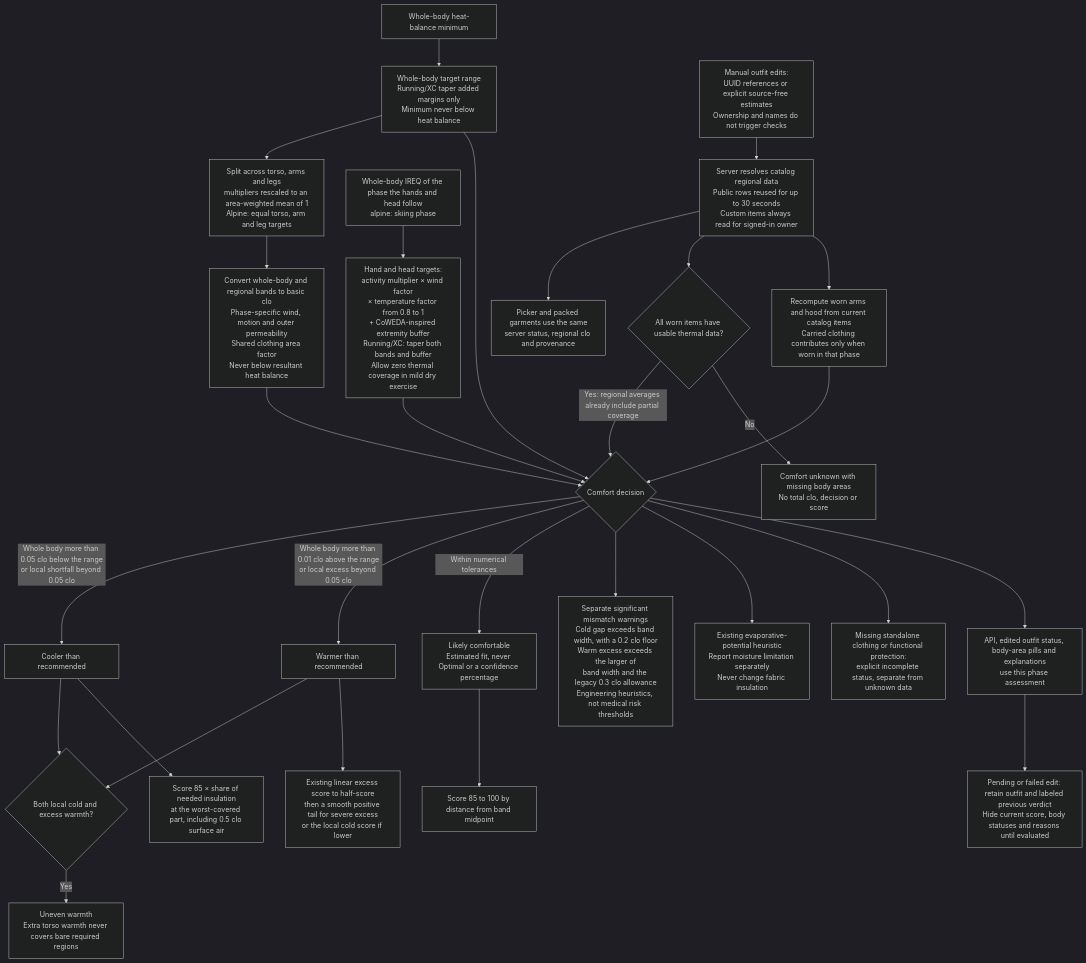
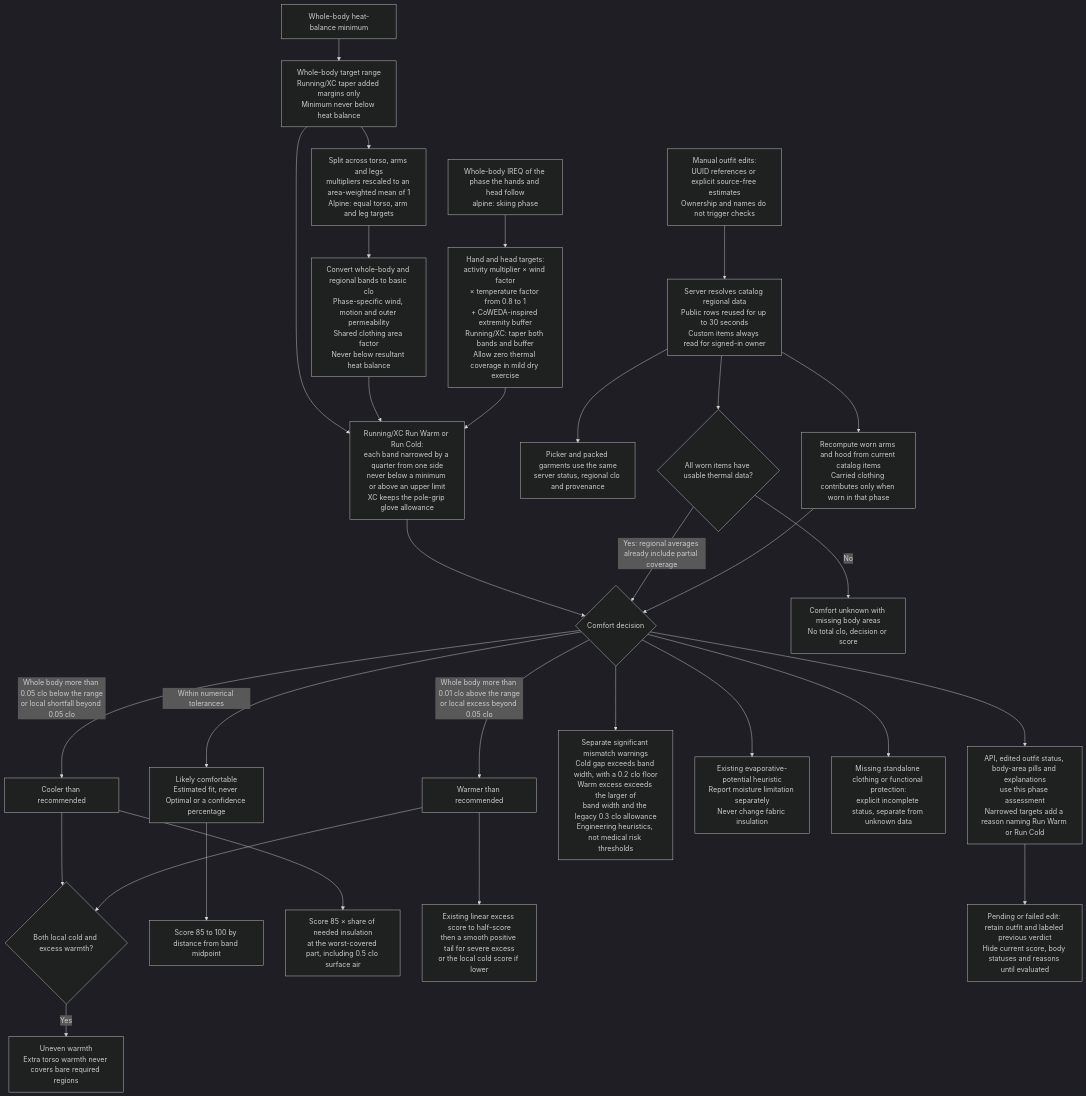
The seventh of 7 diagrams in README.md (derobertsw/swttr), drawn with Mermaid (dark theme) before and after one commit. The commit also changed other lines of this file and 28 other files, not shown here.

First line of the commit message:
Apply Run Warm and Run Cold to personalized running and XC advice (#251)

````diff
--- a/README.md
+++ b/README.md
@@ -310,33 +314,34 @@
 ```mermaid
 graph TD
     BALANCE[Whole-body heat-balance minimum] --> RANGE[Whole-body target range<br/>Running/XC taper added margins only<br/>Minimum never below heat balance]
     RANGE --> SPLIT[Split across torso, arms and legs<br/>multipliers rescaled to an area-weighted mean of 1<br/>Alpine: equal torso, arm and leg targets]
     SPLIT --> REG[Convert whole-body and regional bands to basic clo<br/>Phase-specific wind, motion and outer permeability<br/>Shared clothing area factor<br/>Never below resultant heat balance]
     PIREQ[Whole-body IREQ of the phase the hands and head follow<br/>alpine: skiing phase] --> EXT[Hand and head targets:<br/>activity multiplier × wind factor<br/>× temperature factor from 0.8 to 1<br/>+ CoWEDA-inspired extremity buffer<br/>Running/XC: taper both bands and buffer<br/>Allow zero thermal coverage in mild dry exercise]
 
-    RANGE --> DEC{Comfort decision}
-    REG --> DEC
-    EXT --> DEC
+    RANGE --> PREFBAND[Running/XC Run Warm or Run Cold:<br/>each band narrowed by a quarter from one side<br/>never below a minimum or above an upper limit<br/>XC keeps the pole-grip glove allowance]
+    REG --> PREFBAND
+    EXT --> PREFBAND
+    PREFBAND --> DEC{Comfort decision}
     EDIT[Manual outfit edits:<br/>UUID references or explicit source-free estimates<br/>Ownership and names do not trigger checks] --> LOOKUP[Server resolves catalog regional data<br/>Public rows reused for up to 30 seconds<br/>Custom items always read for signed-in owner]
     LOOKUP --> PICKER[Picker and packed garments use the same<br/>server status, regional clo and provenance]
     LOOKUP --> KNOWN{All worn items have usable thermal data?}
     KNOWN -->|Yes: regional averages already include partial coverage| DEC
     KNOWN -->|No| UNKNOWN[Comfort unknown with missing body areas<br/>No total clo, decision or score]
     DEC -->|Whole body more than 0.05 clo below the range<br/>or local shortfall beyond 0.05 clo| COLD[Cooler than recommended]
     DEC -->|Whole body more than 0.01 clo above the range<br/>or local excess beyond 0.05 clo| HOT[Warmer than recommended]
     COLD --> MIX{Both local cold and excess warmth?}
     HOT --> MIX
     MIX -->|Yes| UNEVEN[Uneven warmth<br/>Extra torso warmth never covers bare required regions]
     DEC -->|Within numerical tolerances| OK[Likely comfortable<br/>Estimated fit, never Optimal or a confidence percentage]
     DEC --> WARN[Separate significant mismatch warnings<br/>Cold gap exceeds band width, with a 0.2 clo floor<br/>Warm excess exceeds the larger of<br/>band width and the legacy 0.3 clo allowance<br/>Engineering heuristics, not medical risk thresholds]
     DEC --> MOISTURE[Existing evaporative-potential heuristic<br/>Report moisture limitation separately<br/>Never change fabric insulation]
     OK --> S1[Score 85 to 100 by distance from band midpoint]
     COLD --> S2[Score 85 × share of needed insulation<br/>at the worst-covered part, including 0.5 clo surface air]
     HOT --> S3[Existing linear excess score to half-score<br/>then a smooth positive tail for severe excess<br/>or the local cold score if lower]
     LOOKUP --> ACTUAL[Recompute worn arms and hood from current catalog items<br/>Carried clothing contributes only when worn in that phase]
     ACTUAL --> DEC
     DEC --> GAP[Missing standalone clothing or functional protection:<br/>explicit incomplete status, separate from unknown data]
-    DEC --> UI[API, edited outfit status, body-area pills and explanations<br/>use this phase assessment]
+    DEC --> UI[API, edited outfit status, body-area pills and explanations<br/>use this phase assessment<br/>Narrowed targets add a reason naming Run Warm or Run Cold]
     UI --> STALE[Pending or failed edit: retain outfit and labeled previous verdict<br/>Hide current score, body statuses and reasons until evaluated]
 
 ```
````
